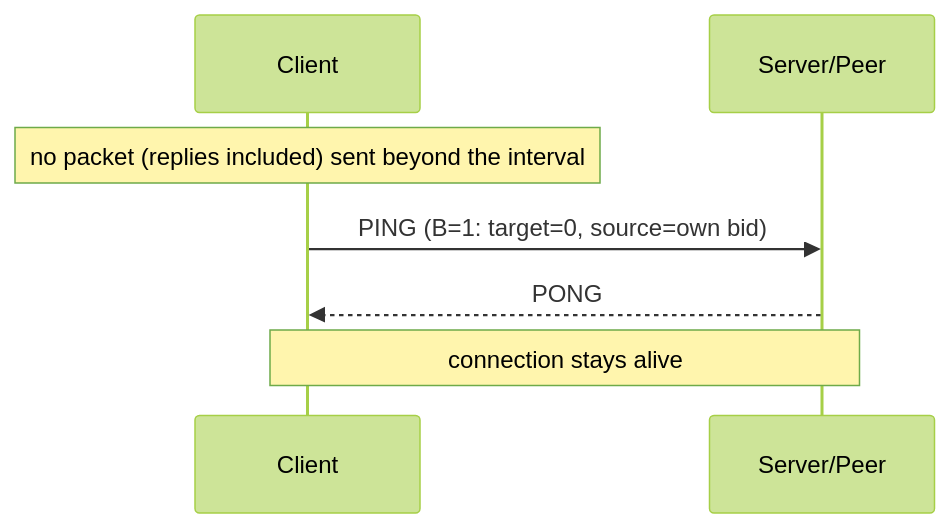
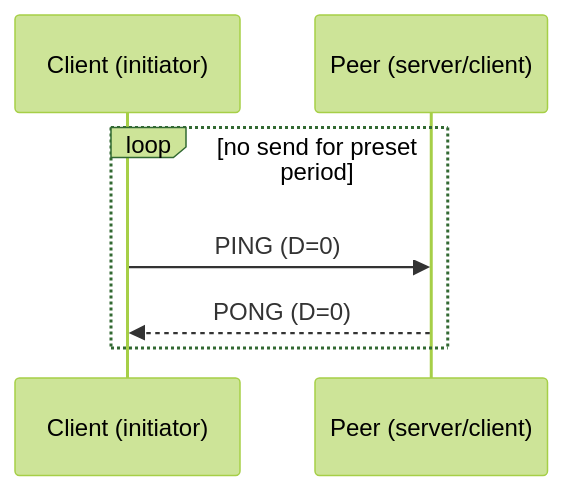
One commit to moky/magpie-bridge changed the fifth of 7 diagrams in docs/design-workflow.md. Above: the diagram before and after it, drawn with Mermaid (forest theme). The commit also changed other lines of this file and 5 other files, not shown here.

Commit message:
docs: regenerate from ai/ tasks with mermaid diagrams

````diff
--- a/docs/design-workflow.md
+++ b/docs/design-workflow.md
@@ -74,9 +105,9 @@
 ```mermaid
 sequenceDiagram
-    participant C as Client
-    participant S as Server/Peer
-    Note over C: no packet (replies included) sent beyond the interval
-    C->>S: PING (B=1: target=0, source=own bid)
-    S-->>C: PONG
-    Note over C,S: connection stays alive
+    participant A as Client (initiator)
+    participant S as Peer (server/client)
+    loop no send for preset period
+        A->>S: PING (D=0)
+        S-->>A: PONG (D=0)
+    end
 ```
````
